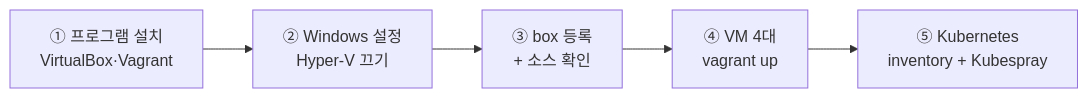
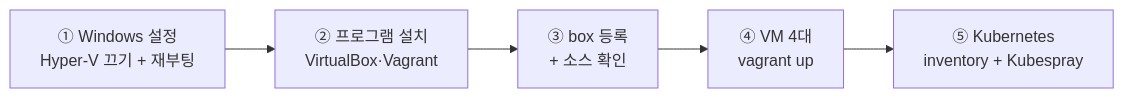
One commit to Finfra/sreMsa changed the diagram in lab1.Kubespray/pc/0.pc_setting/README.md. Above: the diagram before and after it, drawn with Mermaid. The commit also changed other lines of this file and 7 other files, not shown here.

````diff
--- a/lab1.Kubespray/pc/0.pc_setting/README.md
+++ b/lab1.Kubespray/pc/0.pc_setting/README.md
@@ -190,7 +12,7 @@
 ```mermaid
 flowchart LR
-    A["① 프로그램 설치<br/>VirtualBox·Vagrant"] --> B["② Windows 설정<br/>Hyper-V 끄기"]
+    A["① Windows 설정<br/>Hyper-V 끄기 + 재부팅"] --> B["② 프로그램 설치<br/>VirtualBox·Vagrant"]
     B --> C["③ box 등록<br/>+ 소스 확인"]
     C --> D["④ VM 4대<br/>vagrant up"]
     D --> E["⑤ Kubernetes<br/>inventory + Kubespray"]
 ```
````
